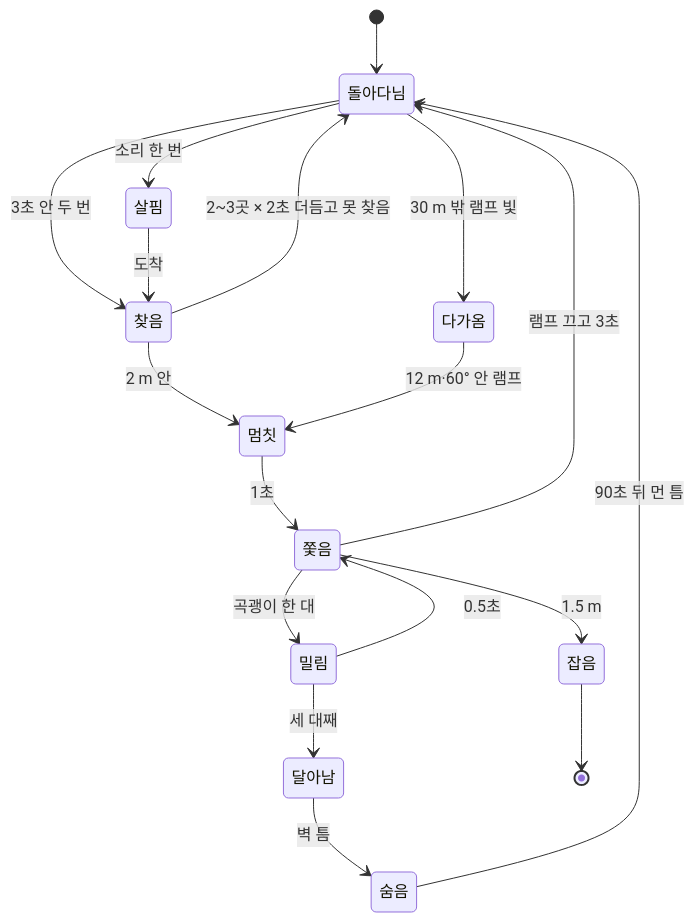
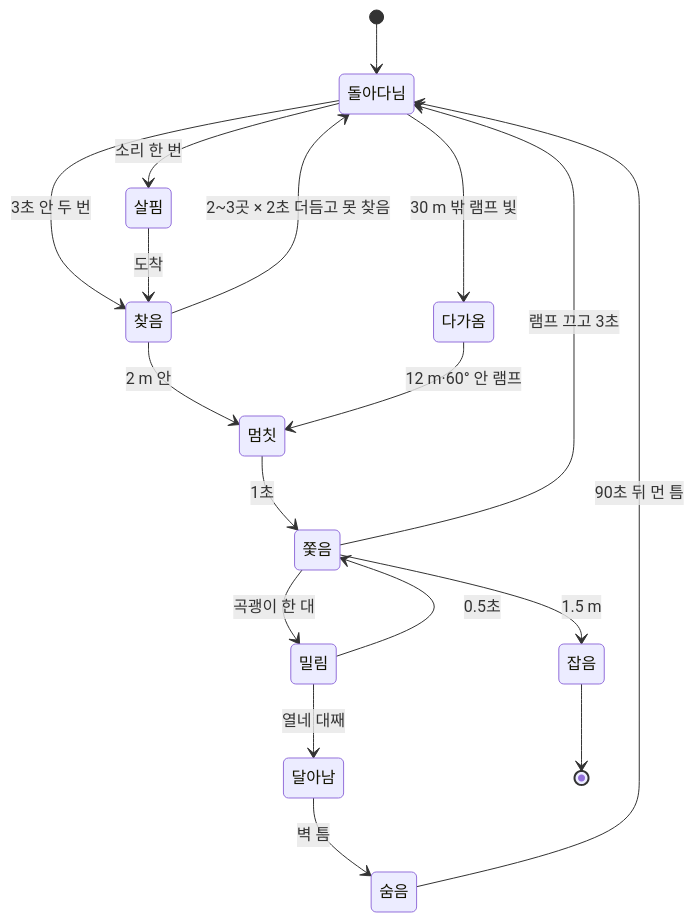
The eighth of 8 diagrams in docs/기획서/기획서.md (jhyun1234/Tunnel), drawn with Mermaid before and after one commit. The commit also changed other lines of this file and 4 other files, not shown here.

````diff
--- a/docs/기획서/기획서.md
+++ b/docs/기획서/기획서.md
@@ -704,20 +704,20 @@
 ```mermaid
 stateDiagram-v2
   [*] --> 돌아다님
   돌아다님 --> 살핌: 소리 한 번
   돌아다님 --> 찾음: 3초 안 두 번
   살핌 --> 찾음: 도착
   찾음 --> 돌아다님: 2~3곳 × 2초 더듬고 못 찾음
   찾음 --> 멈칫: 2 m 안
   돌아다님 --> 다가옴: 30 m 밖 램프 빛
   다가옴 --> 멈칫: 12 m·60° 안 램프
   멈칫 --> 쫓음: 1초
   쫓음 --> 돌아다님: 램프 끄고 3초
   쫓음 --> 잡음: 1.5 m
   쫓음 --> 밀림: 곡괭이 한 대
   밀림 --> 쫓음: 0.5초
-  밀림 --> 달아남: 세 대째
+  밀림 --> 달아남: 열네 대째
   달아남 --> 숨음: 벽 틈
   숨음 --> 돌아다님: 90초 뒤 먼 틈
   잡음 --> [*]
 ```
````
